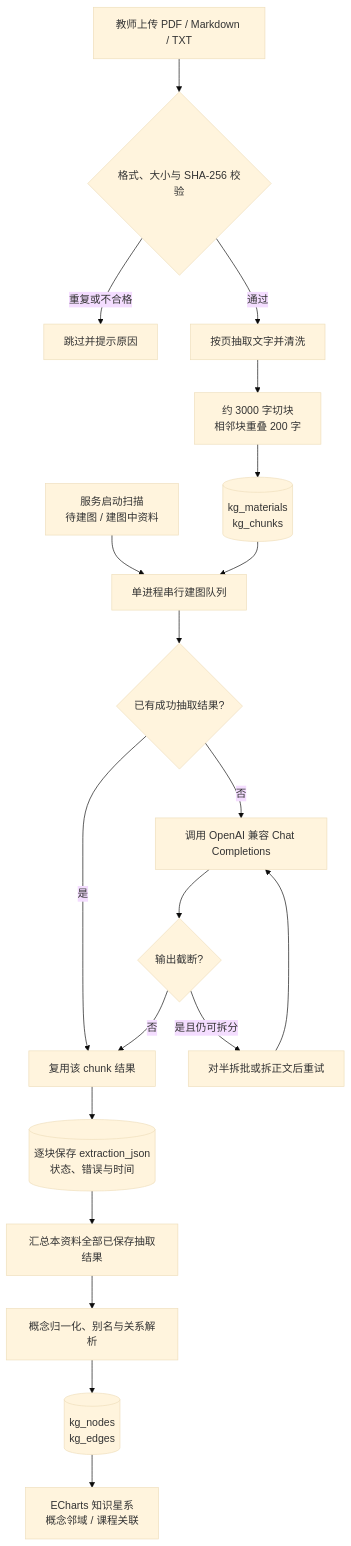
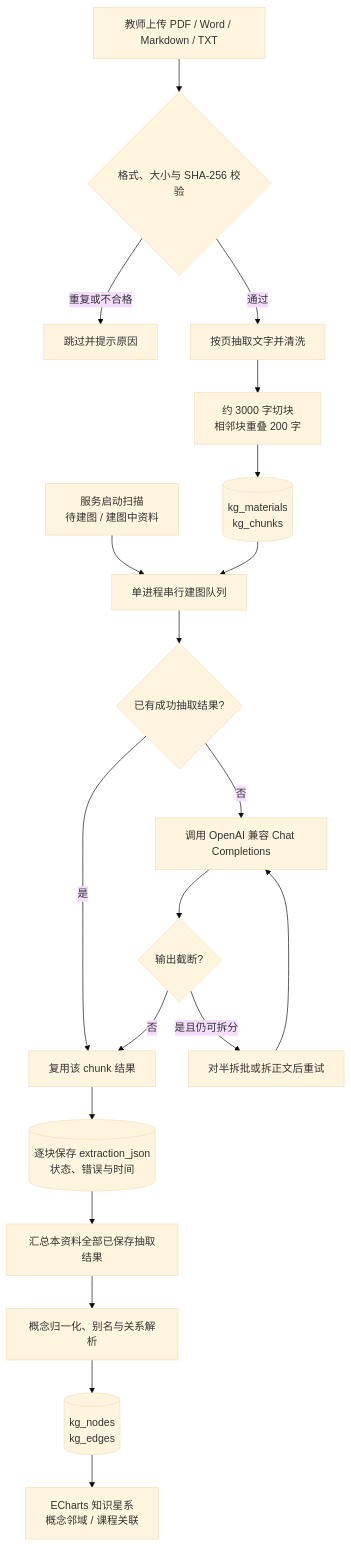
Before and after one commit to jezecheng/GradeLogy: the first of 3 diagrams in docs/knowledge_graph.md, drawn with Mermaid (base theme). The commit also changed other lines of this file and 8 other files, not shown here.

Commit message:
Support Word documents in knowledge graph materials

````diff
--- a/docs/knowledge_graph.md
+++ b/docs/knowledge_graph.md
@@ -120,22 +120,22 @@
 ```mermaid
 flowchart TD
-    A[教师上传 PDF / Markdown / TXT] --> B{格式、大小与 SHA-256 校验}
+    A[教师上传 PDF / Word / Markdown / TXT] --> B{格式、大小与 SHA-256 校验}
     B -->|重复或不合格| X[跳过并提示原因]
     B -->|通过| C[按页抽取文字并清洗]
     C --> D[约 3000 字切块<br/>相邻块重叠 200 字]
     D --> E[(kg_materials<br/>kg_chunks)]
     R[服务启动扫描<br/>待建图 / 建图中资料] --> F
     E --> F[单进程串行建图队列]
     F --> G{已有成功抽取结果?}
     G -->|是| J[复用该 chunk 结果]
     G -->|否| H[调用 OpenAI 兼容 Chat Completions]
     H --> I{输出截断?}
     I -->|是且仍可拆分| H1[对半拆批或拆正文后重试]
     H1 --> H
     I -->|否| J
     J --> K[(逐块保存 extraction_json<br/>状态、错误与时间)]
     K --> L[汇总本资料全部已保存抽取结果]
     L --> M[概念归一化、别名与关系解析]
     M --> N[(kg_nodes<br/>kg_edges)]
     N --> O[ECharts 知识星系<br/>概念邻域 / 课程关联]
 ```
````
